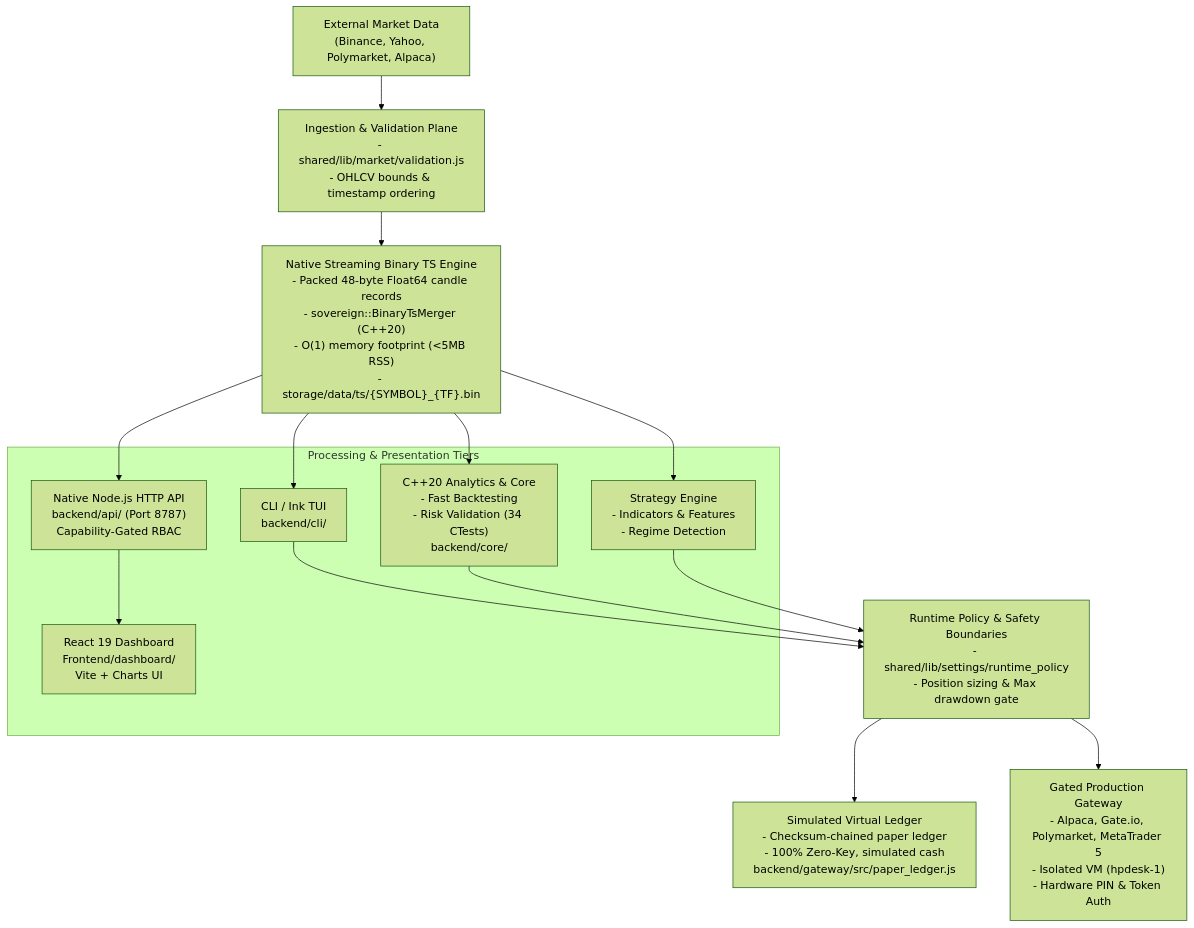
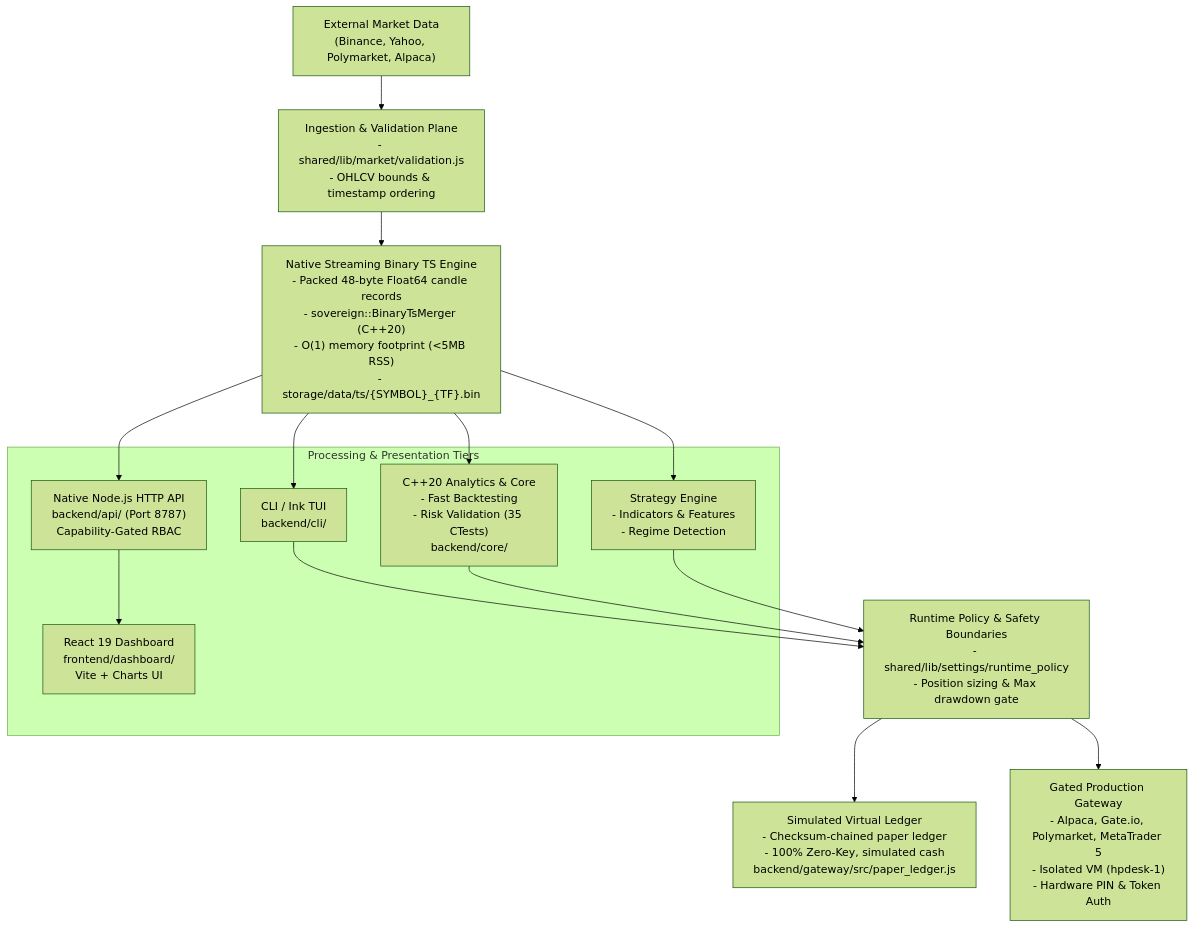
The diagram in README.md (vgbn2/personal_finance_draft), drawn with Mermaid (forest theme) before and after one commit. The commit also changed other lines of this file, not shown here.

````diff
--- a/README.md
+++ b/README.md
@@ -76,34 +76,34 @@
 ```mermaid
 flowchart TD
     EXT["External Market Data<br/>(Binance, Yahoo, Polymarket, Alpaca)"]
     INGEST["Ingestion & Validation Plane<br/>- shared/lib/market/validation.js<br/>- OHLCV bounds & timestamp ordering"]
     TS["Native Streaming Binary TS Engine<br/>- Packed 48-byte Float64 candle records<br/>- sovereign::BinaryTsMerger (C++20)<br/>- O(1) memory footprint (<5MB RSS)<br/>- storage/data/ts/{SYMBOL}_{TF}.bin"]
 
     EXT --> INGEST
     INGEST --> TS
 
     subgraph CoreTiers["Processing & Presentation Tiers"]
         CLI["CLI / Ink TUI<br/>backend/cli/"]
         API["Native Node.js HTTP API<br/>backend/api/ (Port 8787)<br/>Capability-Gated RBAC"]
-        DASH["React 19 Dashboard<br/>Frontend/dashboard/<br/>Vite + Charts UI"]
-        CPP["C++20 Analytics & Core<br/>- Fast Backtesting<br/>- Risk Validation (34 CTests)<br/>backend/core/"]
+        DASH["React 19 Dashboard<br/>frontend/dashboard/<br/>Vite + Charts UI"]
+        CPP["C++20 Analytics & Core<br/>- Fast Backtesting<br/>- Risk Validation (35 CTests)<br/>backend/core/"]
         STRAT["Strategy Engine<br/>- Indicators & Features<br/>- Regime Detection"]
     end
 
     TS --> CLI
     TS --> API
     TS --> CPP
     TS --> STRAT
     API --> DASH
 
     POLICY["Runtime Policy & Safety Boundaries<br/>- shared/lib/settings/runtime_policy<br/>- Position sizing & Max drawdown gate"]
     CLI --> POLICY
     CPP --> POLICY
     STRAT --> POLICY
 
     PAPER["Simulated Virtual Ledger<br/>- Checksum-chained paper ledger<br/>- 100% Zero-Key, simulated cash<br/>backend/gateway/src/paper_ledger.js"]
     GATEWAY["Gated Production Gateway<br/>- Alpaca, Gate.io, Polymarket, MetaTrader 5<br/>- Isolated VM (hpdesk-1)<br/>- Hardware PIN & Token Auth"]
 
     POLICY --> PAPER
     POLICY --> GATEWAY
 ```
````
